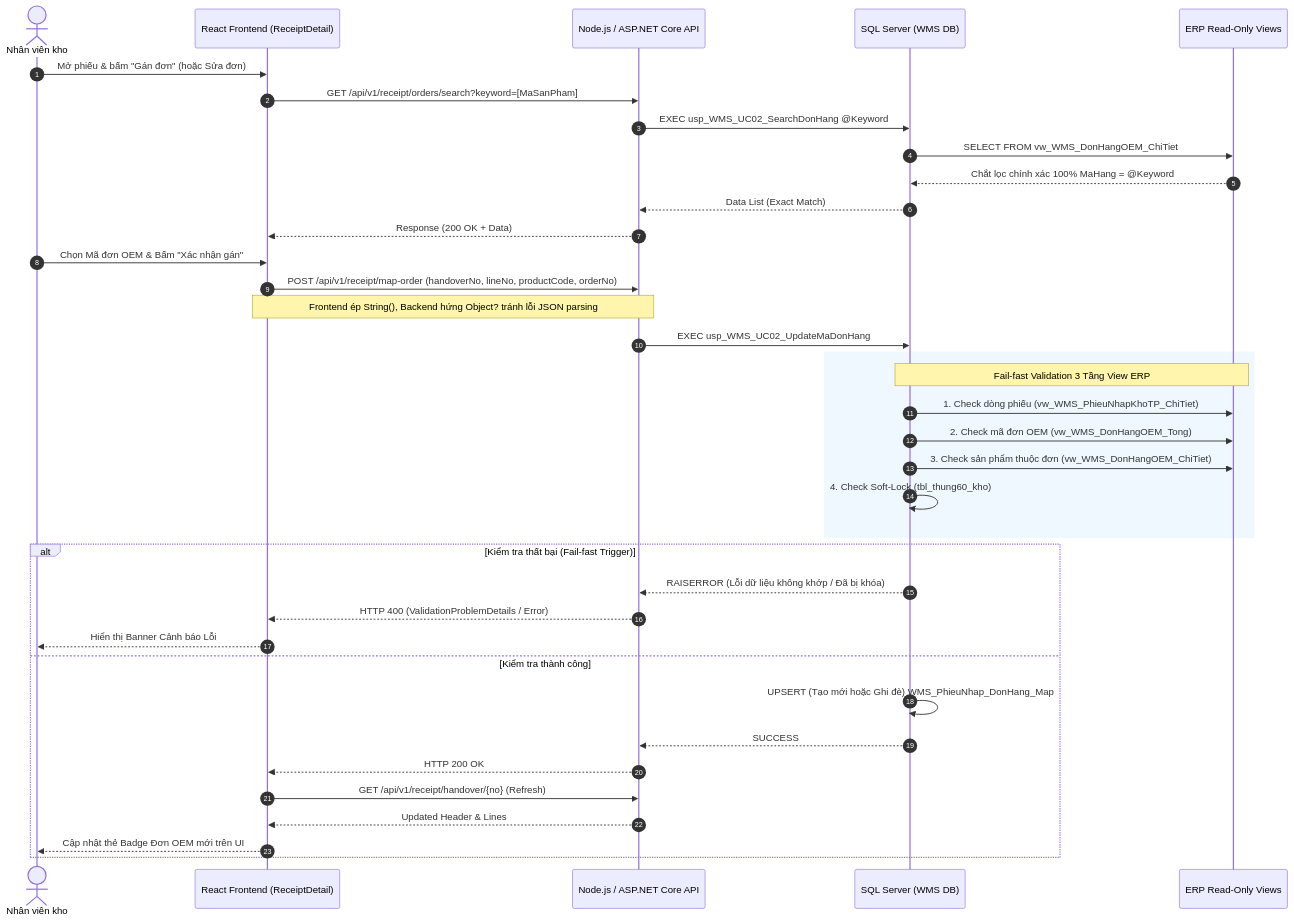
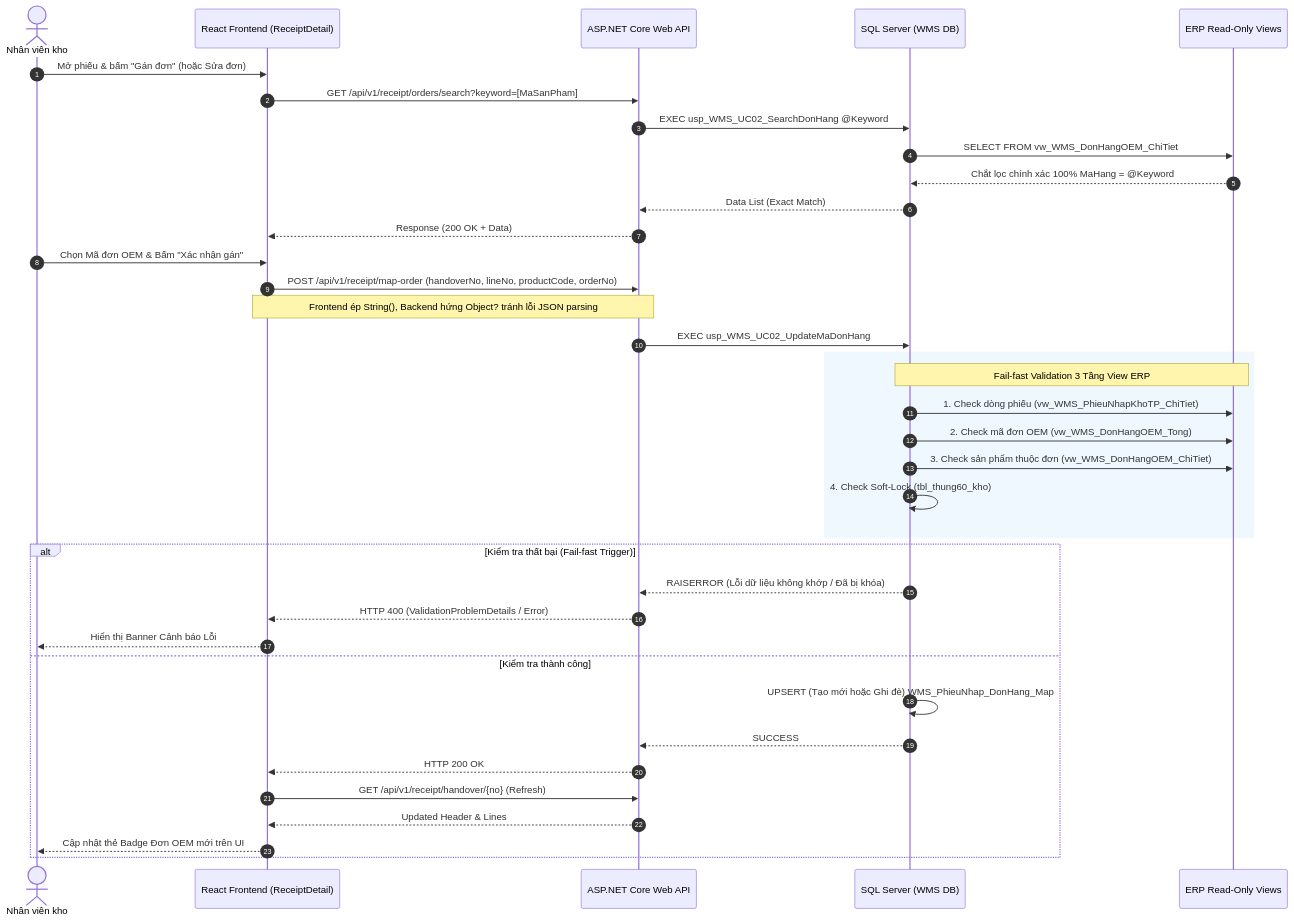
One commit to Sohoa-KNSG/wms1 changed the first of 3 diagrams in 02_Process_UseCase/UC02_Receive_Data1.md. Above: the diagram before and after it, drawn with Mermaid. The commit also changed other lines of this file and 13 other files, not shown here.

````diff
--- a/02_Process_UseCase/UC02_Receive_Data1.md
+++ b/02_Process_UseCase/UC02_Receive_Data1.md
@@ -153,43 +153,43 @@
 ```mermaid
 sequenceDiagram
     autonumber
     actor User as Nhân viên kho
     participant UI as React Frontend (ReceiptDetail)
-    participant API as Node.js / ASP.NET Core API
+    participant API as ASP.NET Core Web API
     participant DB as SQL Server (WMS DB)
     participant ERP as ERP Read-Only Views
 
     User->>UI: Mở phiếu & bấm "Gán đơn" (hoặc Sửa đơn)
     UI->>API: GET /api/v1/receipt/orders/search?keyword=[MaSanPham]
     API->>DB: EXEC usp_WMS_UC02_SearchDonHang @Keyword
     DB->>ERP: SELECT FROM vw_WMS_DonHangOEM_ChiTiet
     ERP-->>DB: Chắt lọc chính xác 100% MaHang = @Keyword
     DB-->>API: Data List (Exact Match)
     API-->>UI: Response (200 OK + Data)
     
     User->>UI: Chọn Mã đơn OEM & Bấm "Xác nhận gán"
     UI->>API: POST /api/v1/receipt/map-order (handoverNo, lineNo, productCode, orderNo)
     Note over UI,API: Frontend ép String(), Backend hứng Object? tránh lỗi JSON parsing
     API->>DB: EXEC usp_WMS_UC02_UpdateMaDonHang
 
     rect rgb(240, 248, 255)
         Note over DB,ERP: Fail-fast Validation 3 Tầng View ERP
         DB->>ERP: 1. Check dòng phiếu (vw_WMS_PhieuNhapKhoTP_ChiTiet)
         DB->>ERP: 2. Check mã đơn OEM (vw_WMS_DonHangOEM_Tong)
         DB->>ERP: 3. Check sản phẩm thuộc đơn (vw_WMS_DonHangOEM_ChiTiet)
         DB->>DB: 4. Check Soft-Lock (tbl_thung60_kho)
     end
 
     alt Kiểm tra thất bại (Fail-fast Trigger)
         DB-->>API: RAISERROR (Lỗi dữ liệu không khớp / Đã bị khóa)
         API-->>UI: HTTP 400 (ValidationProblemDetails / Error)
         UI-->>User: Hiển thị Banner Cảnh báo Lỗi
     else Kiểm tra thành công
         DB->>DB: UPSERT (Tạo mới hoặc Ghi đè) WMS_PhieuNhap_DonHang_Map
         DB-->>API: SUCCESS
         API-->>UI: HTTP 200 OK
         UI->>API: GET /api/v1/receipt/handover/{no} (Refresh)
         API-->>UI: Updated Header & Lines
         UI-->>User: Cập nhật thẻ Badge Đơn OEM mới trên UI
     end
 ```
````
